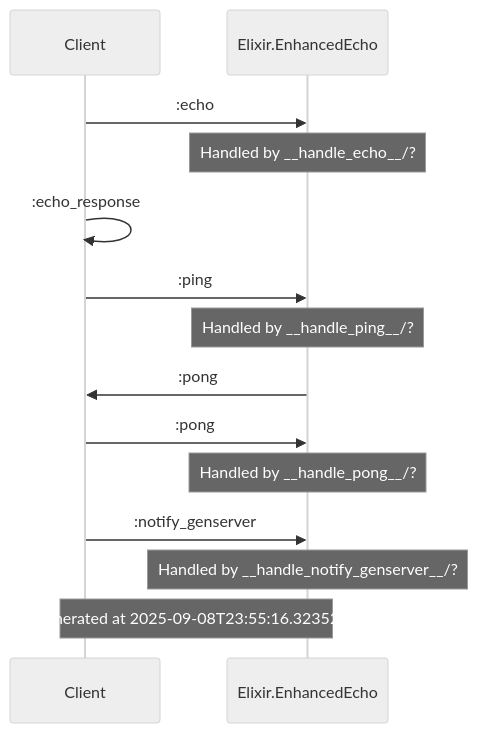
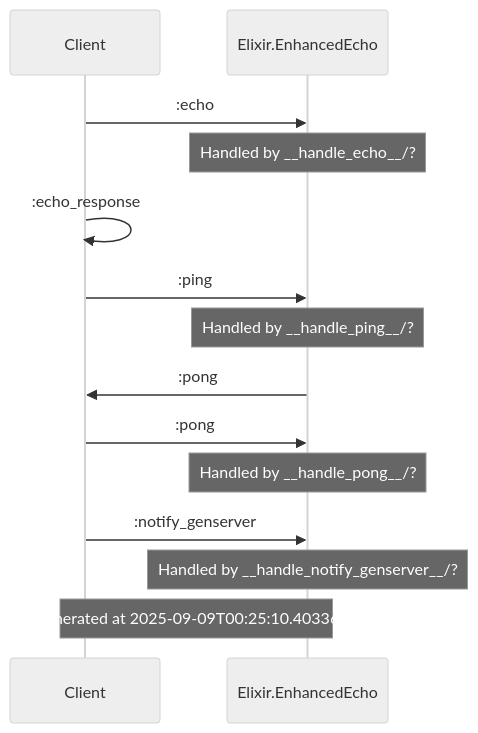
Before and after one commit to anoma/engine: the diagram in docs/diagrams/Elixir.EnhancedEcho.md, drawn with Mermaid (neutral theme). The commit also changed other lines of this file and 27 other files, not shown here.

````diff
--- a/docs/diagrams/Elixir.EnhancedEcho.md
+++ b/docs/diagrams/Elixir.EnhancedEcho.md
@@ -5,18 +5,18 @@
 ```mermaid
 sequenceDiagram
     participant Client
     participant Elixir.Examples.EnhancedEchoEngine as Elixir.EnhancedEcho
     Client->>Elixir.Examples.EnhancedEchoEngine: :echo
     Note over Elixir.Examples.EnhancedEchoEngine: Handled by __handle_echo__/?
     Client->>Client: :echo_response
     Client->>Elixir.Examples.EnhancedEchoEngine: :ping
     Note over Elixir.Examples.EnhancedEchoEngine: Handled by __handle_ping__/?
     Elixir.Examples.EnhancedEchoEngine->>Client: :pong
     Client->>Elixir.Examples.EnhancedEchoEngine: :pong
     Note over Elixir.Examples.EnhancedEchoEngine: Handled by __handle_pong__/?
     Client->>Elixir.Examples.EnhancedEchoEngine: :notify_genserver
     Note over Elixir.Examples.EnhancedEchoEngine: Handled by __handle_notify_genserver__/?
 
-Note over Client, Elixir.Examples.EnhancedEchoEngine: Generated at 2025-09-08T23:55:16.323526Z
+Note over Client, Elixir.Examples.EnhancedEchoEngine: Generated at 2025-09-09T00:25:10.403363Z
 
 ```
````
